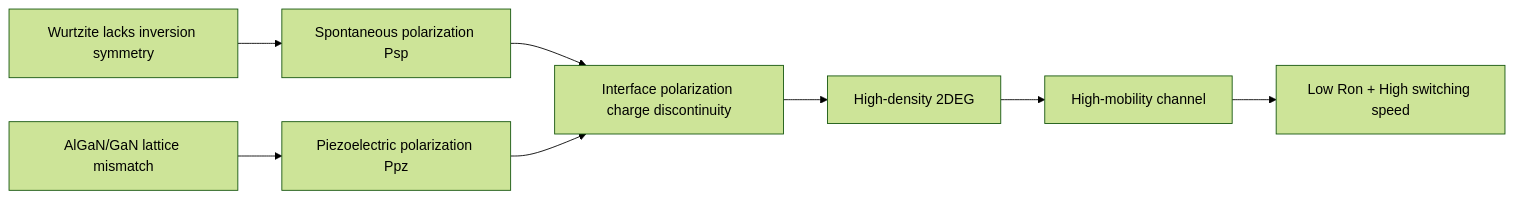
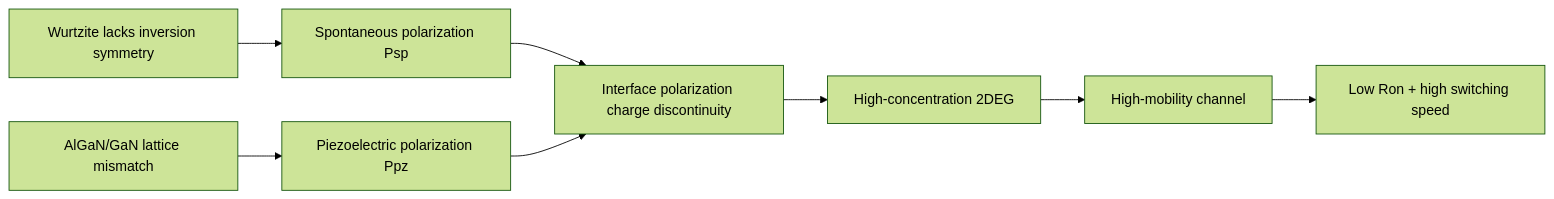
Before and after one commit to YansongW/awesome-humanoid-robot: the second of 3 diagrams in research/materials/ent_material_sic_gan_power_devices.md, drawn with Mermaid (forest theme). The commit also changed other lines of this file and 40 other files, not shown here.

````diff
--- a/research/materials/ent_material_sic_gan_power_devices.md
+++ b/research/materials/ent_material_sic_gan_power_devices.md
@@ -96,10 +177,10 @@
 ```mermaid
 flowchart LR
     A[Wurtzite lacks inversion symmetry] --> B[Spontaneous polarization Psp]
     C[AlGaN/GaN lattice mismatch] --> D[Piezoelectric polarization Ppz]
     B --> E[Interface polarization charge discontinuity]
     D --> E
-    E --> F[High-density 2DEG]
+    E --> F[High-concentration 2DEG]
     F --> G[High-mobility channel]
-    G --> H[Low Ron + High switching speed]
+    G --> H[Low Ron + high switching speed]
 ```
````
